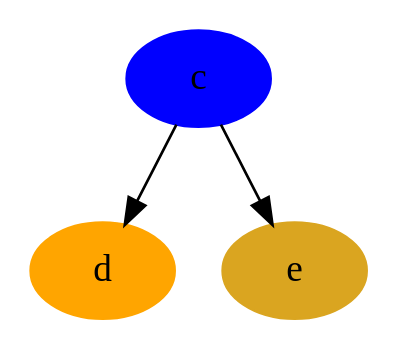
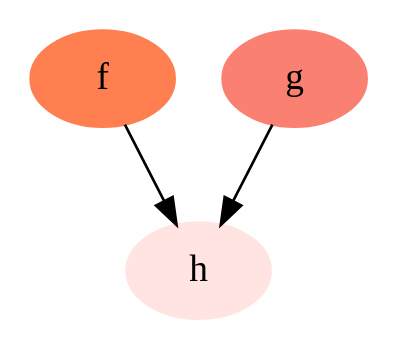
The diagram in out/clusters.out.09.001.gv (graphviz-perl/GraphViz2-Marpa-PathUtils), drawn with Graphviz before and after one commit. The commit also changed 56 other files, not shown here.

```diff
--- a/out/clusters.out.09.001.gv
+++ b/out/clusters.out.09.001.gv
@@ -1,26 +1,25 @@
 strict digraph path_set_01
 {
-	c[ color = "blue" style = "filled"]
-	d[ color = "orange" style = "filled"]
-	e[ color = "goldenrod" style = "filled"]
-	c ->
-	
-	{
-		d
-		e
-	}
 
 	{
 
 	}
+	f[color = "coral" style = "filled"]
+	g[color = "salmon" style = "filled"]
+	h[color = "mistyrose" style = "filled"]
 
+	{
+		f
+		g
+	}
+ -> h
 	{
 
 	}
  ->
 	
 	{
 
 	}
 
 }
```
